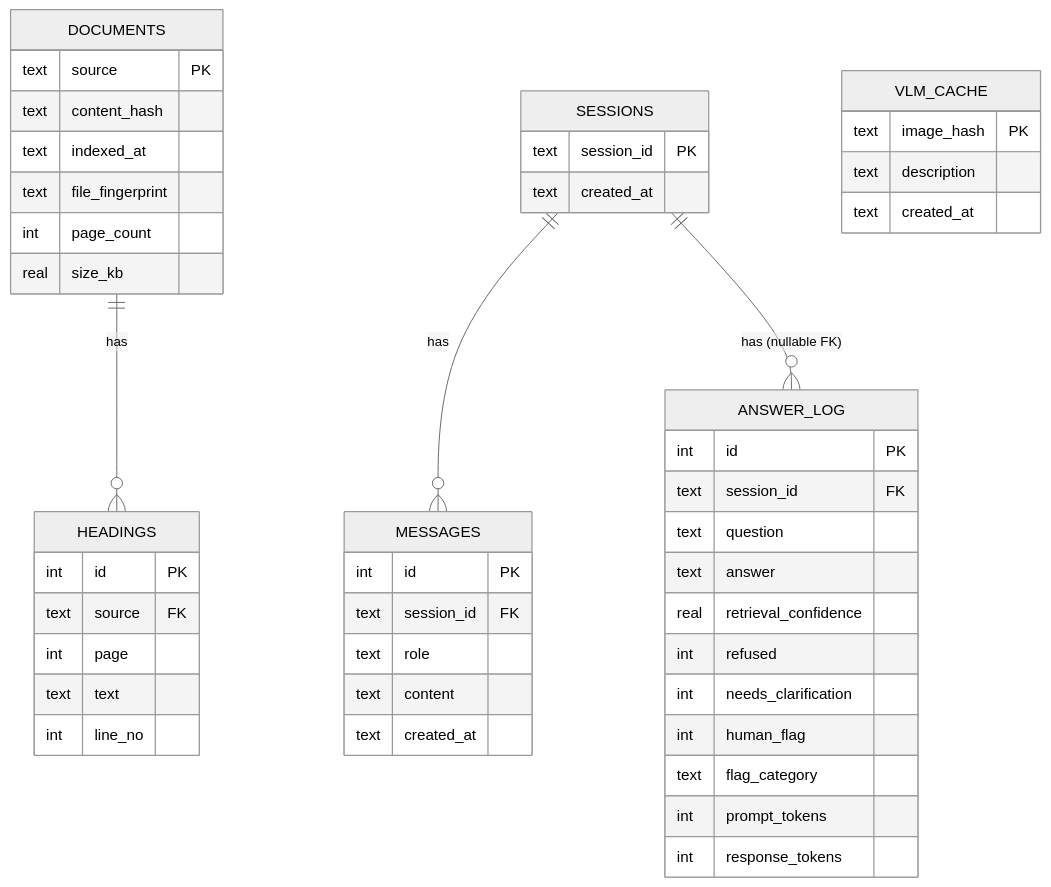
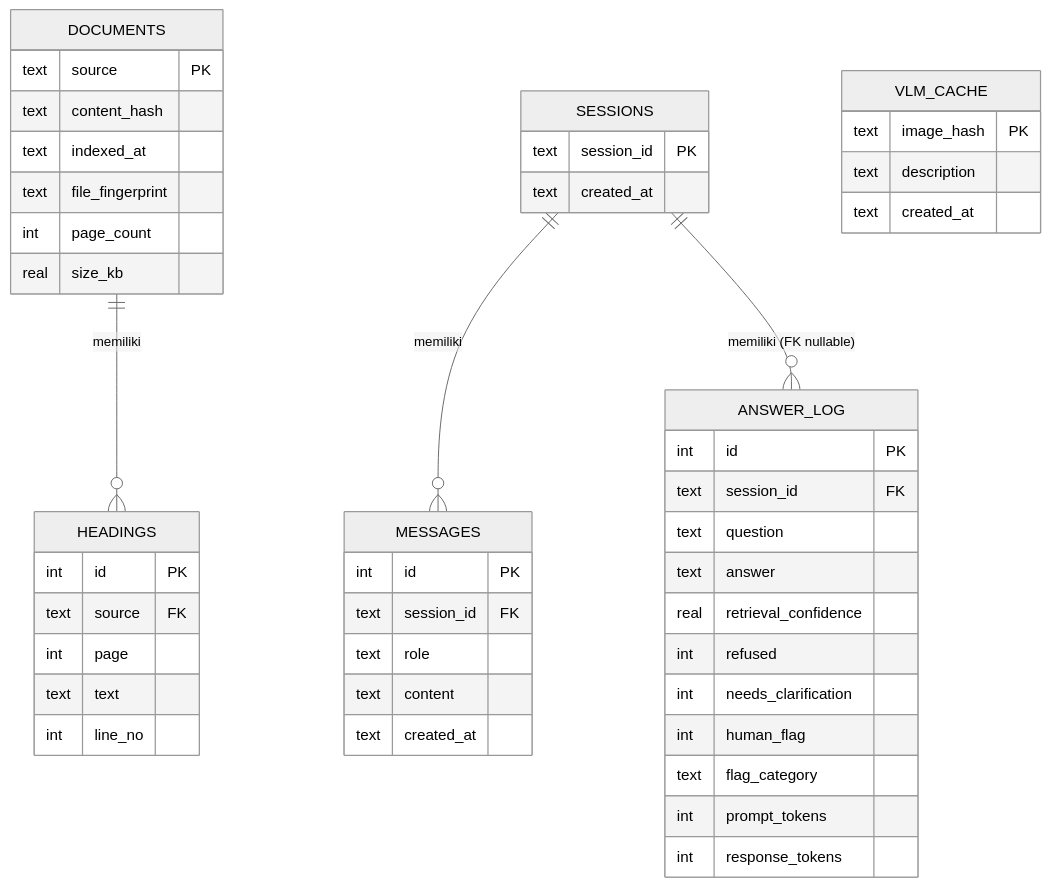
Before and after one commit to riflifaizullah/rag_system: the fourth of 5 diagrams in ARCHITECTURE.md, drawn with Mermaid (neutral theme). The commit also changed other lines of this file and 6 other files, not shown here.

````diff
--- a/ARCHITECTURE.md
+++ b/ARCHITECTURE.md
@@ -135,51 +135,51 @@
 ```mermaid
 erDiagram
-    DOCUMENTS ||--o{ HEADINGS : "has"
-    SESSIONS ||--o{ MESSAGES : "has"
-    SESSIONS ||--o{ ANSWER_LOG : "has (nullable FK)"
+    DOCUMENTS ||--o{ HEADINGS : "memiliki"
+    SESSIONS ||--o{ MESSAGES : "memiliki"
+    SESSIONS ||--o{ ANSWER_LOG : "memiliki (FK nullable)"
 
     DOCUMENTS {
         text source PK
         text content_hash
         text indexed_at
         text file_fingerprint
         int page_count
         real size_kb
     }
     HEADINGS {
         int id PK
         text source FK
         int page
         text text
         int line_no
     }
     SESSIONS {
         text session_id PK
         text created_at
     }
     MESSAGES {
         int id PK
         text session_id FK
         text role
         text content
         text created_at
     }
     ANSWER_LOG {
         int id PK
         text session_id FK
         text question
         text answer
         real retrieval_confidence
         int refused
         int needs_clarification
         int human_flag
         text flag_category
         int prompt_tokens
         int response_tokens
     }
     VLM_CACHE {
         text image_hash PK
         text description
         text created_at
     }
 ```
````
